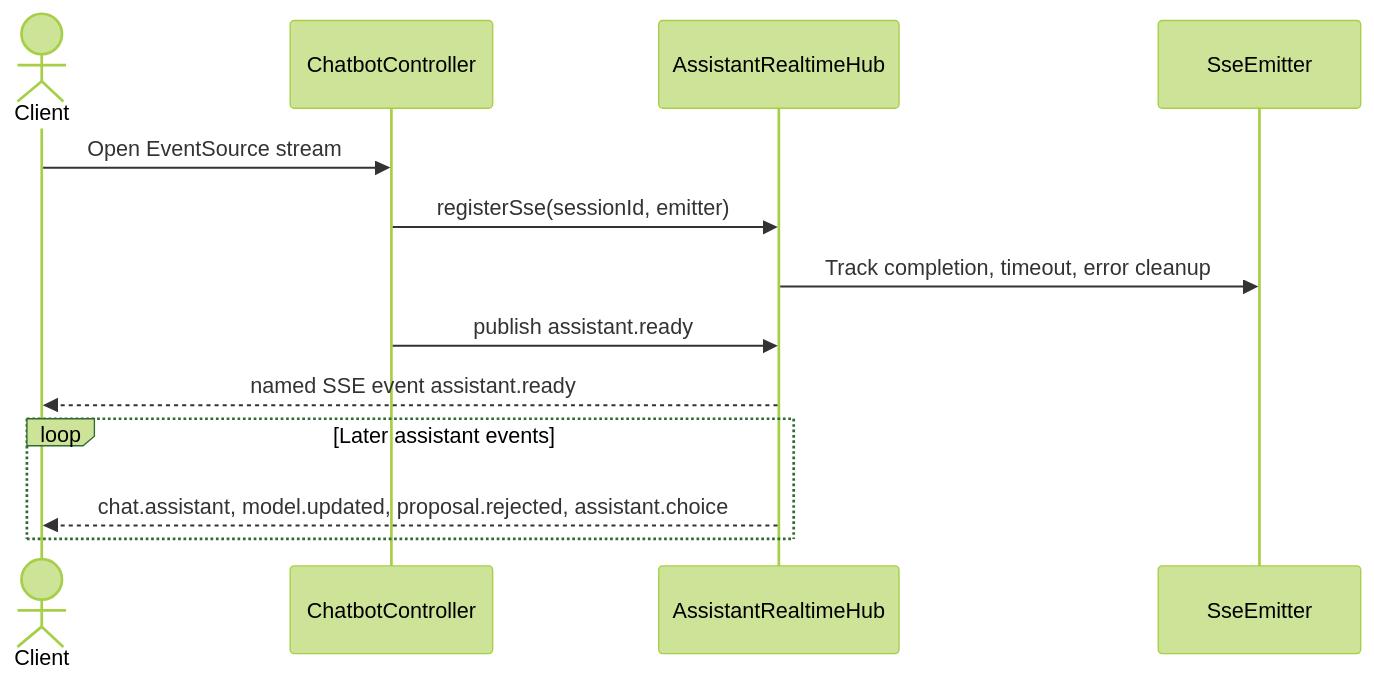
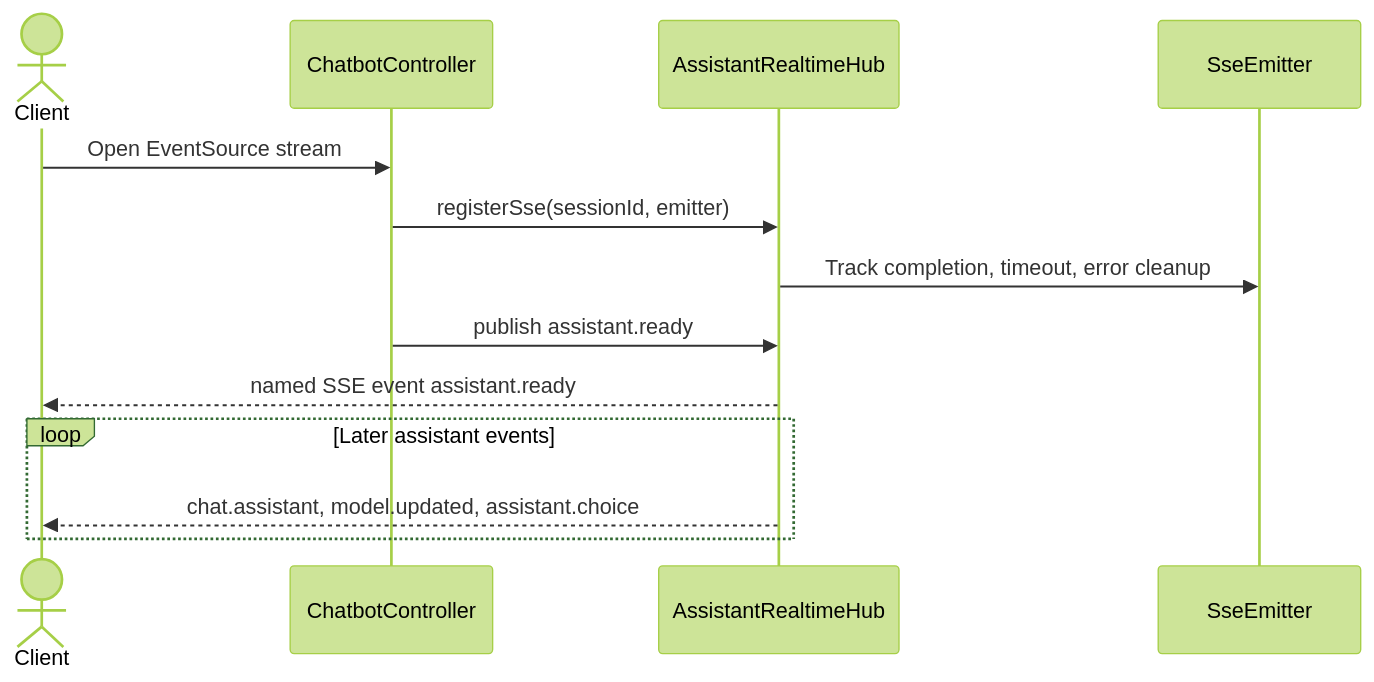
The third of 9 diagrams in docs/diagrams/13-api-assistant-sequences.md (mehdieidi/modriss), drawn with Mermaid (forest theme) before and after one commit. The commit also changed other lines of this file and 46 other files, not shown here.

````diff
--- a/docs/diagrams/13-api-assistant-sequences.md
+++ b/docs/diagrams/13-api-assistant-sequences.md
@@ -84,15 +81,15 @@
 ```mermaid
 sequenceDiagram
     actor Client
     participant C as ChatbotController
     participant RT as AssistantRealtimeHub
     participant E as SseEmitter
     Client->>C: Open EventSource stream
     C->>RT: registerSse(sessionId, emitter)
     RT->>E: Track completion, timeout, error cleanup
     C->>RT: publish assistant.ready
     RT-->>Client: named SSE event assistant.ready
     loop Later assistant events
-        RT-->>Client: chat.assistant, model.updated, proposal.rejected, assistant.choice
+        RT-->>Client: chat.assistant, model.updated, assistant.choice
     end
 ```
````
